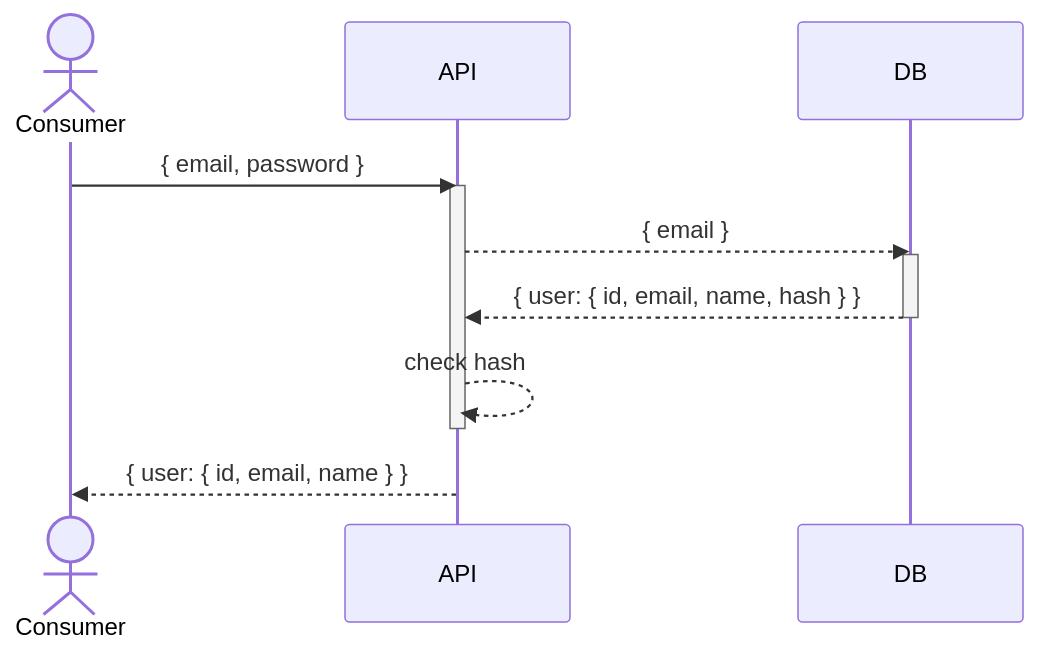
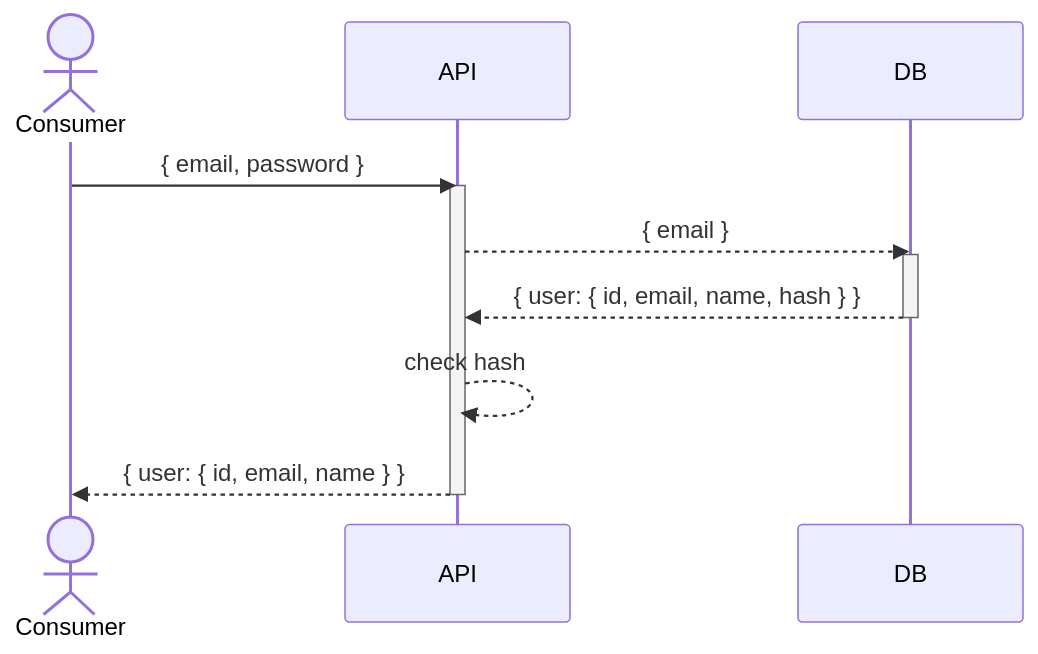
The second of 4 diagrams in README.md (KhitrovMaksim/uml), drawn with Mermaid before and after one commit. The commit also changed other lines of this file, not shown here.

````diff
--- a/README.md
+++ b/README.md
@@ -17,15 +17,15 @@
 ```mermaid
 sequenceDiagram
     actor Consumer
     participant API
     participant DB
     Consumer->>API: { email, password }
     activate API
     API-->>DB: { email }
     activate DB
     DB-->>API: { user: { id, email, name, hash } }
     deactivate DB
     API-->>API: check hash
+    API-->>Consumer: { user: { id, email, name } }
     deactivate API
-    API-->>Consumer: { user: { id, email, name } }
 ```
````
